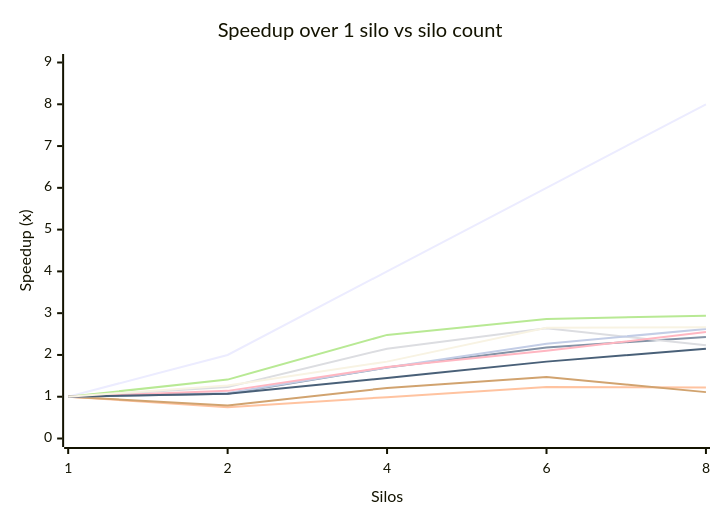
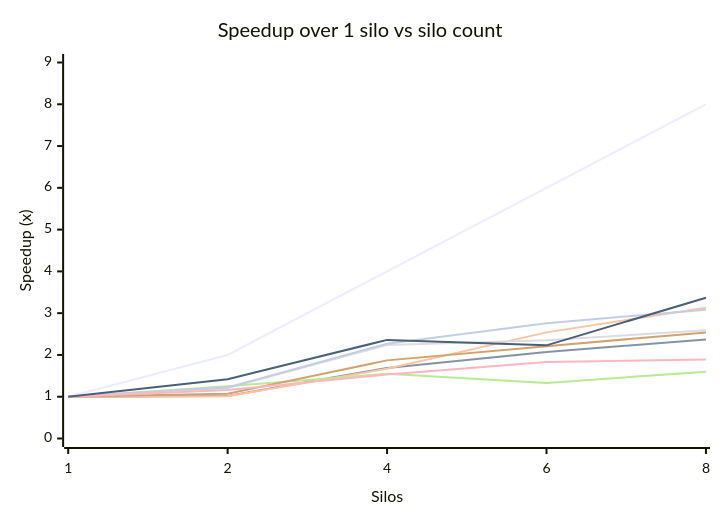
One commit to NSTA1/Orleans.Lattice changed the first of 4 diagrams in docs/lattice/performance-multi-silo.md. Above: the diagram before and after it, drawn with Mermaid. The commit also changed other lines of this file, not shown here.

````diff
--- a/docs/lattice/performance-multi-silo.md
+++ b/docs/lattice/performance-multi-silo.md
@@ -61,16 +62,15 @@
 ```mermaid
 xychart-beta
     title "Speedup over 1 silo vs silo count"
     x-axis "Silos" ["1", "2", "4", "6", "8"]
     y-axis "Speedup (x)" 0 --> 9
     line [1, 2, 4, 6, 8]
-    line [1, 1.07, 1.7, 2.18, 2.43]
-    line [1, 0.75, 0.99, 1.23, 1.22]
-    line [1, 1.23, 2.15, 2.64, 2.23]
-    line [1, 1.41, 2.48, 2.86, 2.94]
-    line [1, 0.79, 1.21, 1.47, 1.11]
-    line [1, 1.09, 1.7, 2.27, 2.62]
-    line [1, 1.14, 1.71, 2.1, 2.55]
-    line [1, 1.07, 1.45, 1.84, 2.15]
-    line [1, 1.27, 1.84, 2.65, 2.66]
+    line [1, 1.02, 1.69, 2.07, 2.37]
+    line [1, 1.01, 1.67, 2.54, 3.13]
+    line [1, 1.21, 2.24, 2.35, 2.59]
+    line [1, 1.25, 1.55, 1.33, 1.6]
+    line [1, 1.07, 1.87, 2.21, 2.54]
+    line [1, 1.22, 2.27, 2.76, 3.08]
+    line [1, 1.16, 1.53, 1.83, 1.89]
+    line [1, 1.42, 2.36, 2.23, 3.37]
 ```
````
